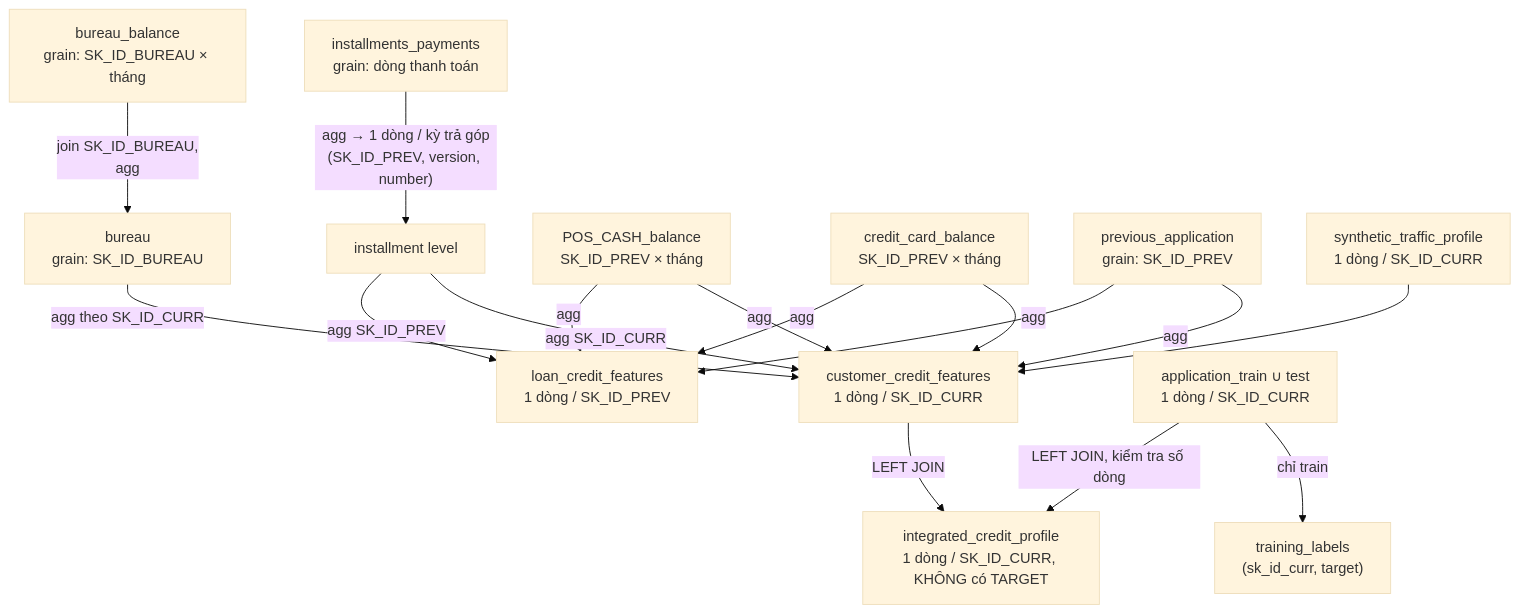
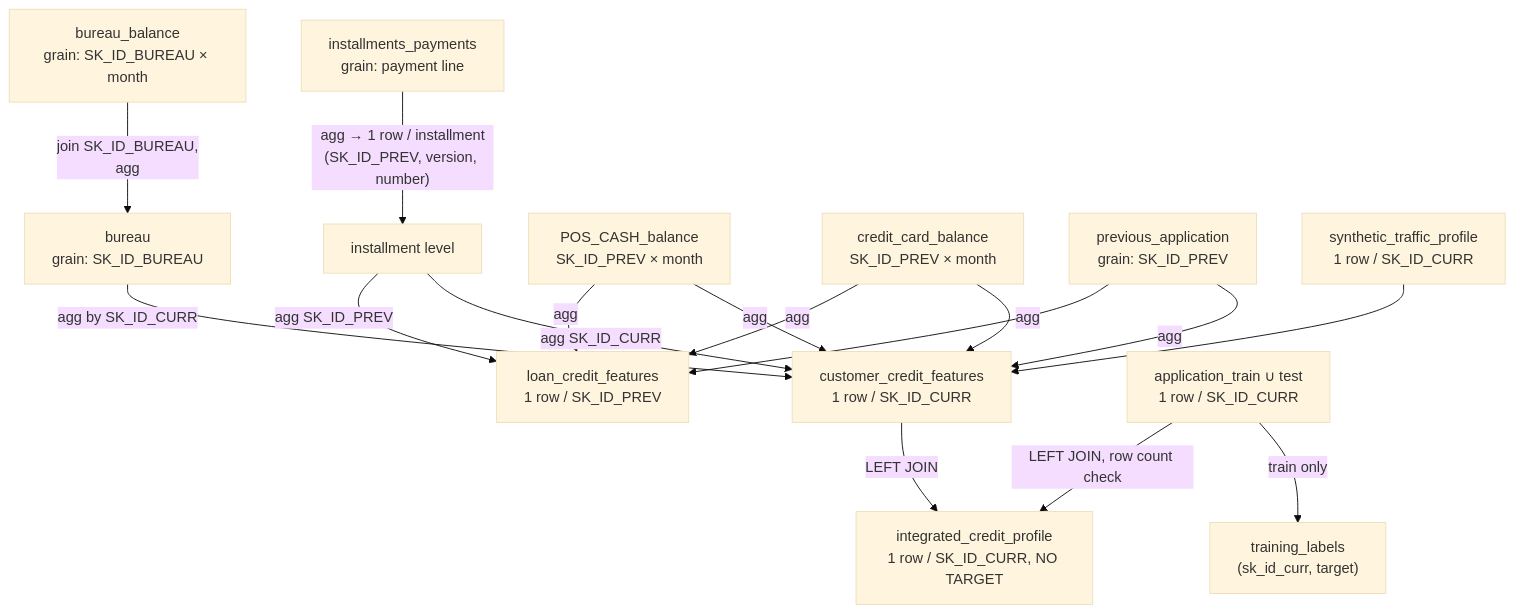
One commit to limasite48/it5427-credit_risk_bigdata changed the second of 3 diagrams in apache-spark/docs/ARCHITECTURE.md. Above: the diagram before and after it, drawn with Mermaid (base theme). The commit also changed other lines of this file and 64 other files, not shown here.

````diff
--- a/apache-spark/docs/ARCHITECTURE.md
+++ b/apache-spark/docs/ARCHITECTURE.md
@@ -48,18 +48,18 @@
 ```mermaid
 flowchart TB
-  BB["bureau_balance<br/>grain: SK_ID_BUREAU × tháng"] -->|"join SK_ID_BUREAU,<br/>agg"| BU["bureau<br/>grain: SK_ID_BUREAU"]
-  BU -->|agg theo SK_ID_CURR| C["customer_credit_features<br/>1 dòng / SK_ID_CURR"]
-  IP["installments_payments<br/>grain: dòng thanh toán"] -->|"agg → 1 dòng / kỳ trả góp<br/>(SK_ID_PREV, version, number)"| IL["installment level"]
-  IL -->|agg SK_ID_PREV| L["loan_credit_features<br/>1 dòng / SK_ID_PREV"]
+  BB["bureau_balance<br/>grain: SK_ID_BUREAU × month"] -->|"join SK_ID_BUREAU,<br/>agg"| BU["bureau<br/>grain: SK_ID_BUREAU"]
+  BU -->|agg by SK_ID_CURR| C["customer_credit_features<br/>1 row / SK_ID_CURR"]
+  IP["installments_payments<br/>grain: payment line"] -->|"agg → 1 row / installment<br/>(SK_ID_PREV, version, number)"| IL["installment level"]
+  IL -->|agg SK_ID_PREV| L["loan_credit_features<br/>1 row / SK_ID_PREV"]
   IL -->|agg SK_ID_CURR| C
-  POS["POS_CASH_balance<br/>SK_ID_PREV × tháng"] -->|agg| L
+  POS["POS_CASH_balance<br/>SK_ID_PREV × month"] -->|agg| L
   POS -->|agg| C
-  CC["credit_card_balance<br/>SK_ID_PREV × tháng"] -->|agg| L
+  CC["credit_card_balance<br/>SK_ID_PREV × month"] -->|agg| L
   CC -->|agg| C
   PA["previous_application<br/>grain: SK_ID_PREV"] --> L
   PA -->|agg| C
-  SY["synthetic_traffic_profile<br/>1 dòng / SK_ID_CURR"] --> C
-  APP["application_train ∪ test<br/>1 dòng / SK_ID_CURR"] -->|LEFT JOIN, kiểm tra số dòng| P["integrated_credit_profile<br/>1 dòng / SK_ID_CURR, KHÔNG có TARGET"]
+  SY["synthetic_traffic_profile<br/>1 row / SK_ID_CURR"] --> C
+  APP["application_train ∪ test<br/>1 row / SK_ID_CURR"] -->|LEFT JOIN, row count check| P["integrated_credit_profile<br/>1 row / SK_ID_CURR, NO TARGET"]
   C -->|LEFT JOIN| P
-  APP -->|chỉ train| T["training_labels<br/>(sk_id_curr, target)"]
+  APP -->|train only| T["training_labels<br/>(sk_id_curr, target)"]
 ```
````
